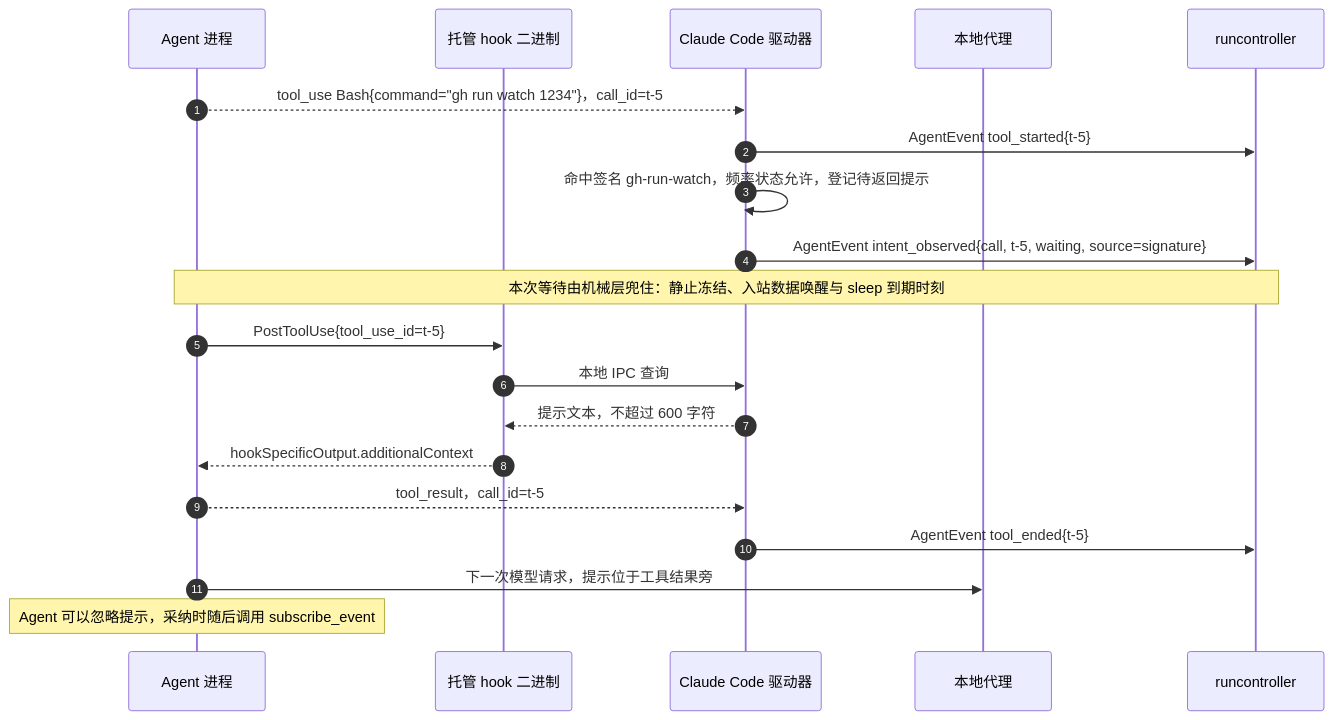
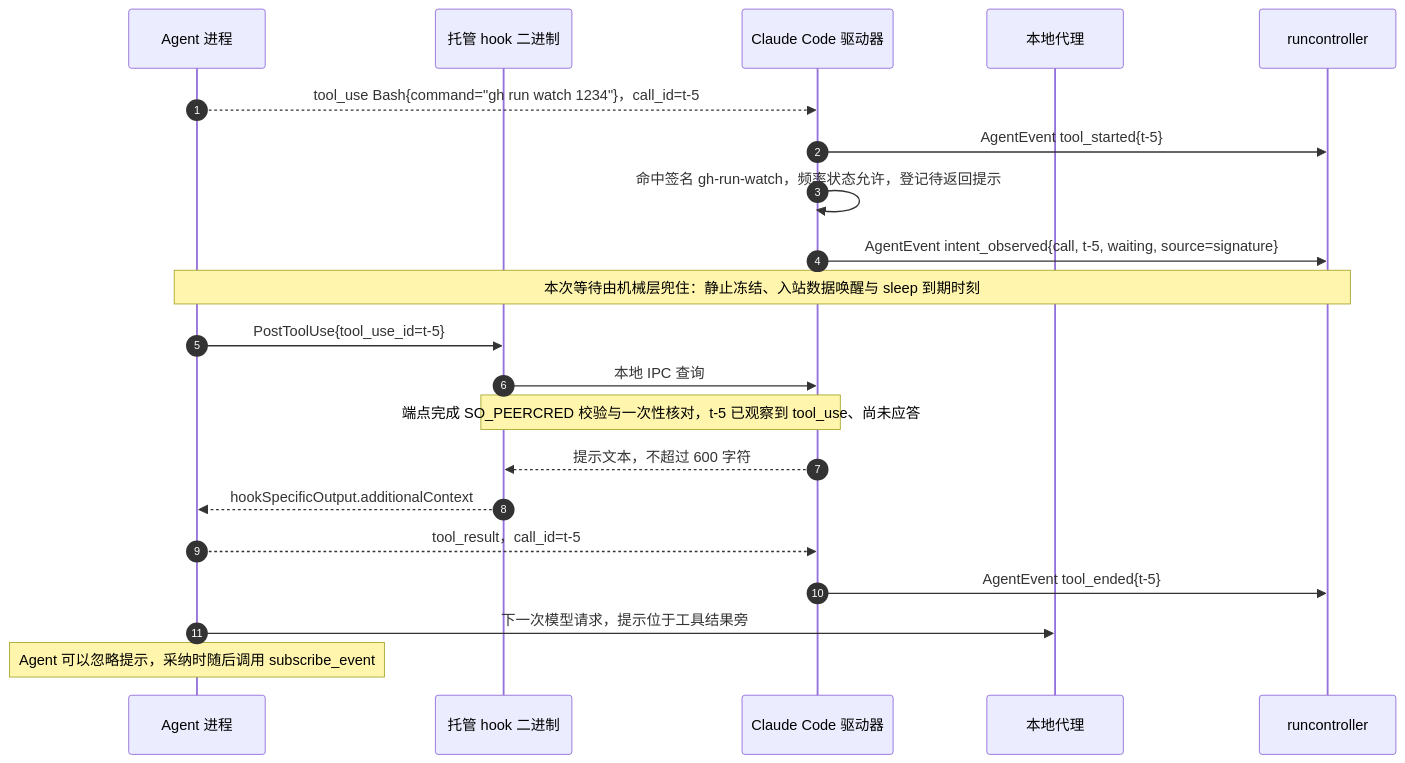
The fourth of 4 diagrams in docs/design/modules/warden/design-warden-driver-claude-code.md (wangzw/castworks), drawn with Mermaid before and after one commit. The commit also changed other lines of this file and 9 other files, not shown here.

````diff
--- a/docs/design/modules/warden/design-warden-driver-claude-code.md
+++ b/docs/design/modules/warden/design-warden-driver-claude-code.md
@@ -241,22 +243,23 @@
 ```mermaid
 sequenceDiagram
     autonumber
     participant A as Agent 进程
     participant H as 托管 hook 二进制
     participant D as Claude Code 驱动器
     participant P as 本地代理
     participant R as runcontroller
     A-->>D: tool_use Bash{command="gh run watch 1234"}，call_id=t-5
     D->>R: AgentEvent tool_started{t-5}
     D->>D: 命中签名 gh-run-watch，频率状态允许，登记待返回提示
     D->>R: AgentEvent intent_observed{call, t-5, waiting, source=signature}
     Note over A,R: 本次等待由机械层兜住：静止冻结、入站数据唤醒与 sleep 到期时刻
     A->>H: PostToolUse{tool_use_id=t-5}
     H->>D: 本地 IPC 查询
+    Note over H,D: 端点完成 SO_PEERCRED 校验与一次性核对，t-5 已观察到 tool_use、尚未应答
     D-->>H: 提示文本，不超过 600 字符
     H-->>A: hookSpecificOutput.additionalContext
     A-->>D: tool_result，call_id=t-5
     D->>R: AgentEvent tool_ended{t-5}
     A->>P: 下一次模型请求，提示位于工具结果旁
     Note over A: Agent 可以忽略提示，采纳时随后调用 subscribe_event
 ```
````
